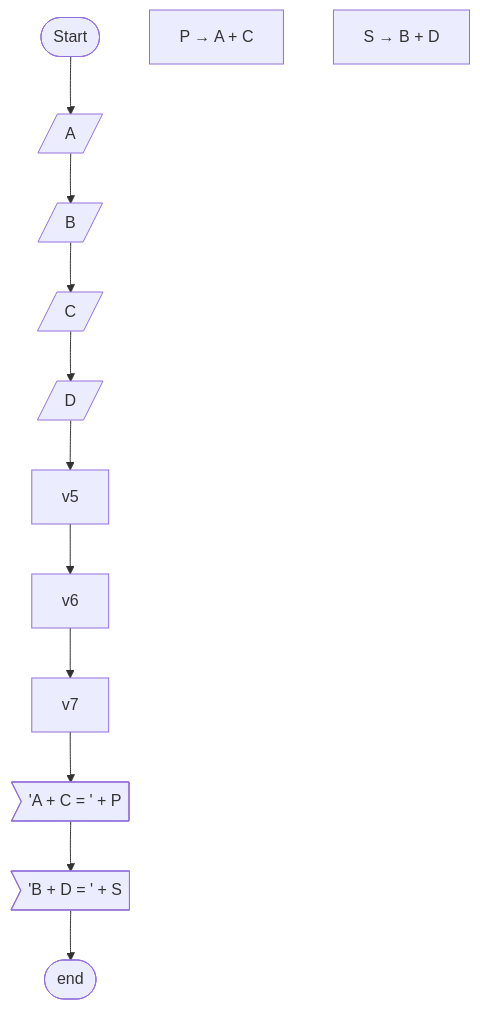
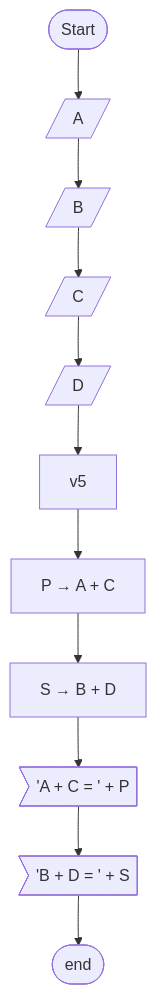
Before and after one commit to gabuh/algorithms_exercises: diagram 15 of 16 in README.md, drawn with Mermaid.

````diff
--- a/README.md
+++ b/README.md
@@ -375,22 +375,22 @@
 ```mermaid
 flowchart
 
 
 S([Start])
 
 v1[/A/]
 v2[/B/]
 v3[/C/]
 v4[/D/]
 
-V6["P → A + C"]
-V7["S → B + D"]
+v6["P → A + C"]
+v7["S → B + D"]
 
 b2>"'A + C =  ' +  P"]
 b3>"'B + D =  ' +  S"]
 
 E([end])
 
 S --> v1 --> v2 --> v3 --> v4 --> v5 --> v6 --> v7 --> b2 --> b3 --> E
 
 ```
````
